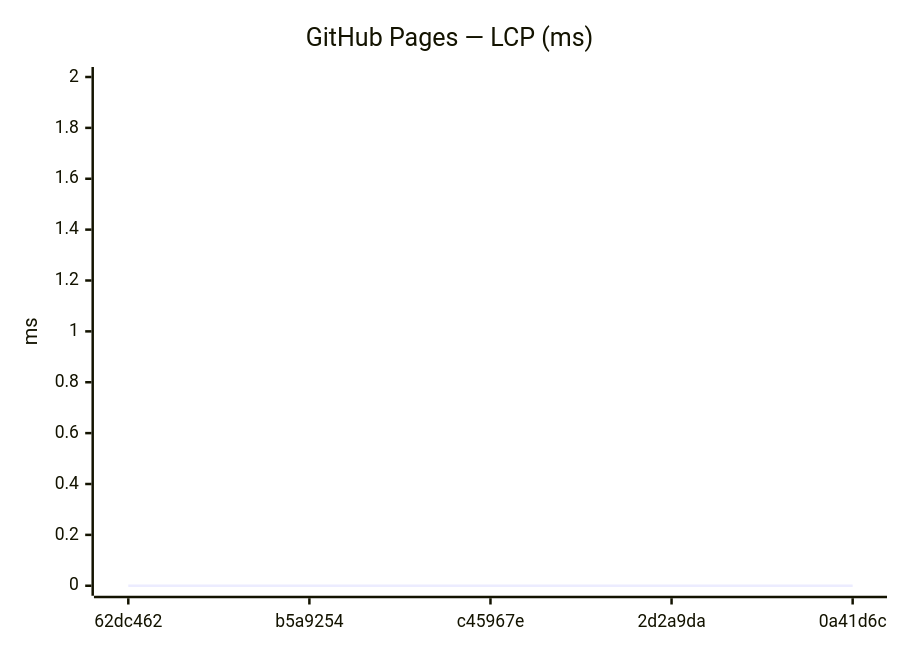
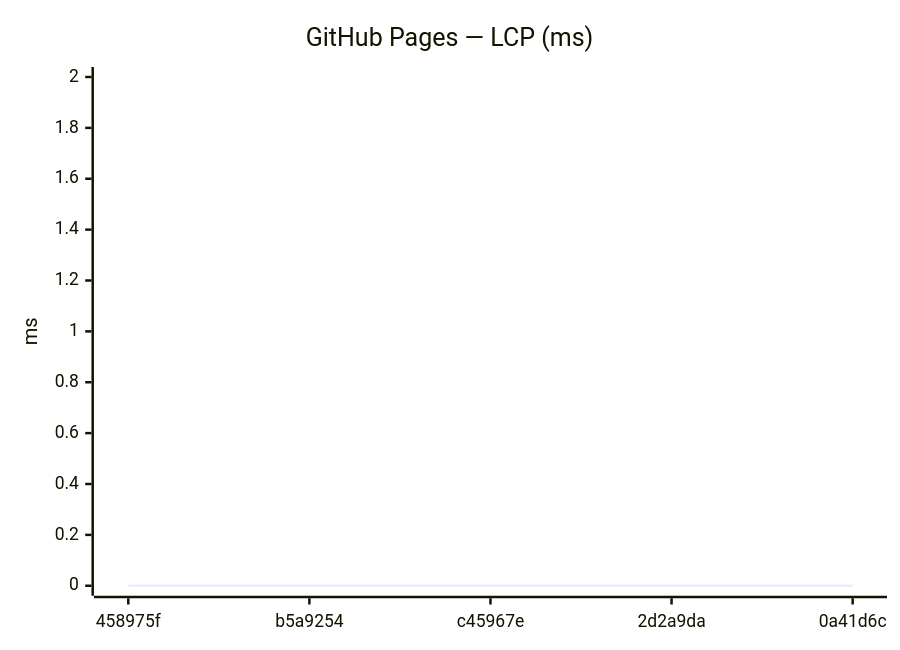
One commit to Metaheurist/Rianell changed the ninth of 18 diagrams in benchmarks/compare.md. Above: the diagram before and after it, drawn with Mermaid. The commit also changed other lines of this file and 11 other files, not shown here.

````diff
--- a/benchmarks/compare.md
+++ b/benchmarks/compare.md
@@ -142,7 +142,7 @@
 ```mermaid
 xychart-beta
     title "GitHub Pages — LCP (ms)"
-    x-axis ["62dc462", "b5a9254", "c45967e", "2d2a9da", "0a41d6c"]
+    x-axis ["458975f", "b5a9254", "c45967e", "2d2a9da", "0a41d6c"]
     y-axis "ms" 0 --> 2
     line [0, 0, 0, 0, 0]
 ```
````
